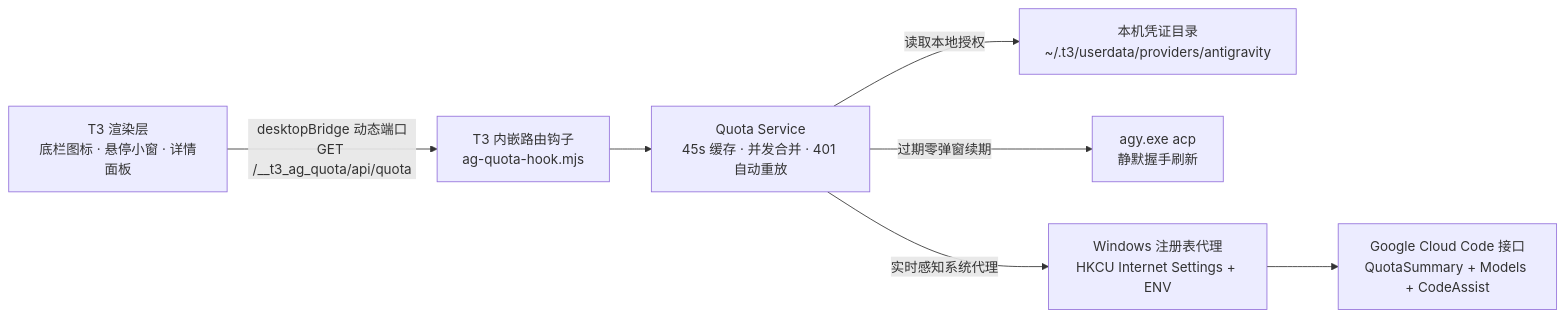
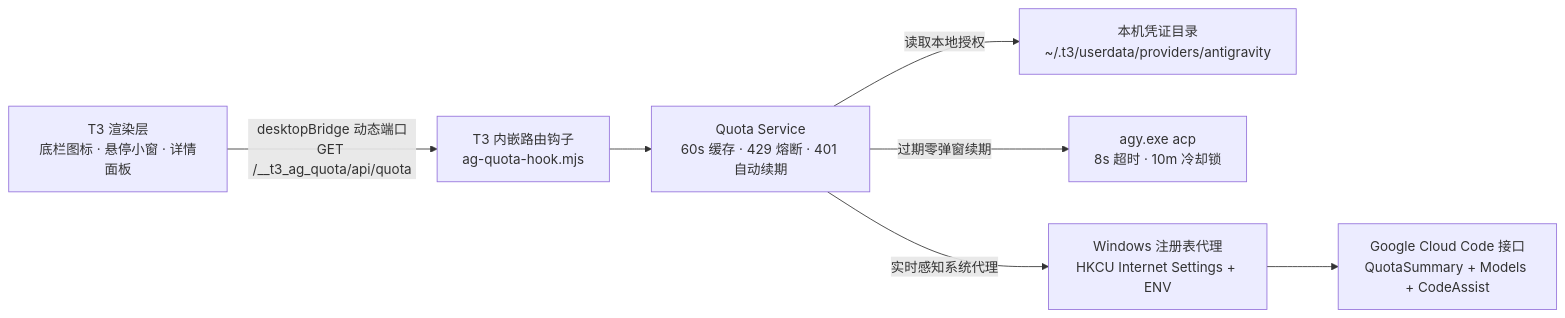
The diagram in README.md (woodenpiger/t3-antigravity-quota), drawn with Mermaid before and after one commit. The commit also changed other lines of this file and 3 other files, not shown here.

````diff
--- a/README.md
+++ b/README.md
@@ -98,9 +100,9 @@
 ```mermaid
 flowchart LR
     UI["T3 渲染层<br/>底栏图标 · 悬停小窗 · 详情面板"] -->|"desktopBridge 动态端口<br/>GET /__t3_ag_quota/api/quota"| HOOK["T3 内嵌路由钩子<br/>ag-quota-hook.mjs"]
-    HOOK --> SVC["Quota Service<br/>45s 缓存 · 并发合并 · 401 自动重放"]
+    HOOK --> SVC["Quota Service<br/>60s 缓存 · 429 熔断 · 401 自动续期"]
     SVC -->|"读取本地授权"| AUTH["本机凭证目录<br/>~/.t3/userdata/providers/antigravity"]
-    SVC -->|"过期零弹窗续期"| ACP["agy.exe acp<br/>静默握手刷新"]
+    SVC -->|"过期零弹窗续期"| ACP["agy.exe acp<br/>8s 超时 · 10m 冷却锁"]
     SVC -->|"实时感知系统代理"| PROXY["Windows 注册表代理<br/>HKCU Internet Settings + ENV"]
     PROXY --> API["Google Cloud Code 接口<br/>QuotaSummary + Models + CodeAssist"]
 ```
````
